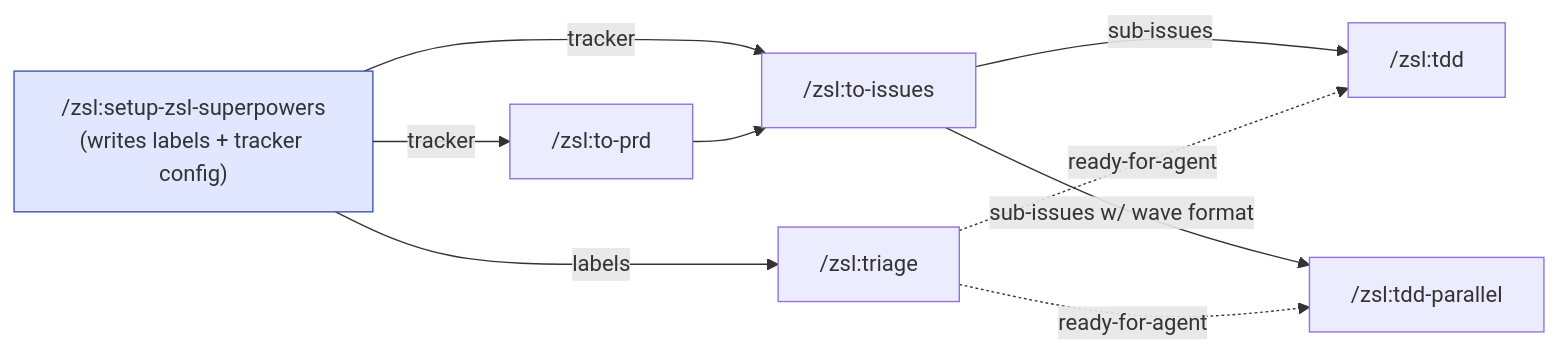
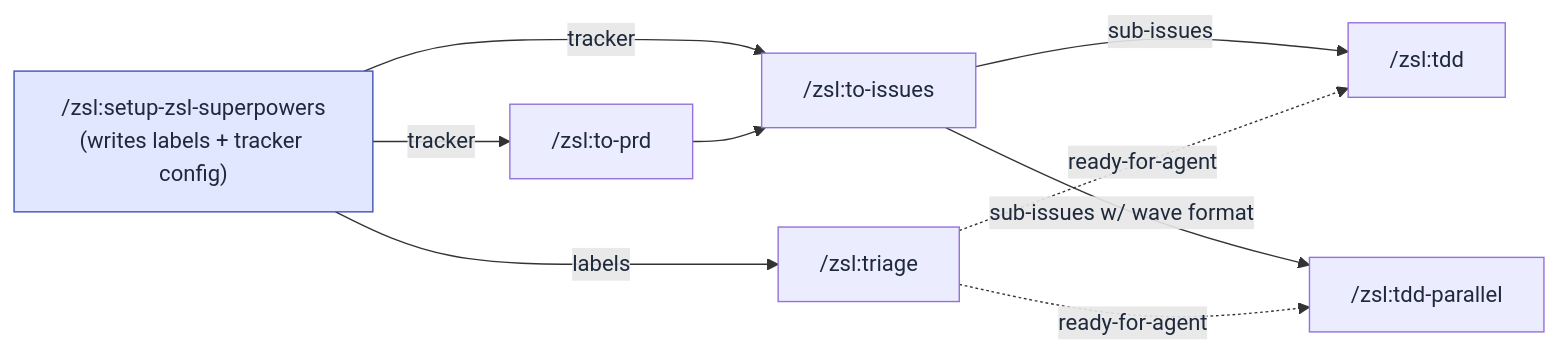
The third of 5 diagrams in docs/faq.md (ZunoSmartLabs/zsl-superpowers), drawn with Mermaid before and after one commit. The commit also changed other lines of this file and 8 other files, not shown here.

First line of the commit message:
docs(remote-agents): add scheduling rationale + fix dark-mode diagram text

````diff
--- a/docs/faq.md
+++ b/docs/faq.md
@@ -112,15 +112,15 @@
 ```mermaid
 flowchart LR
     setup["/zsl:setup-zsl-superpowers<br/>(writes labels + tracker config)"]
     setup -->|"labels"| triage["/zsl:triage"]
     setup -->|"tracker"| to_prd["/zsl:to-prd"]
     setup -->|"tracker"| to_issues["/zsl:to-issues"]
     to_prd --> to_issues
     to_issues -->|"sub-issues w/ wave format"| tddp["/zsl:tdd-parallel"]
     to_issues -->|"sub-issues"| tdd["/zsl:tdd"]
     triage -.->|"ready-for-agent"| tdd
     triage -.->|"ready-for-agent"| tddp
 
-    classDef root fill:#e0e7ff,stroke:#3f51b5;
+    classDef root fill:#e0e7ff,stroke:#3f51b5,color:#1e293b;
     class setup root
 ```
````
